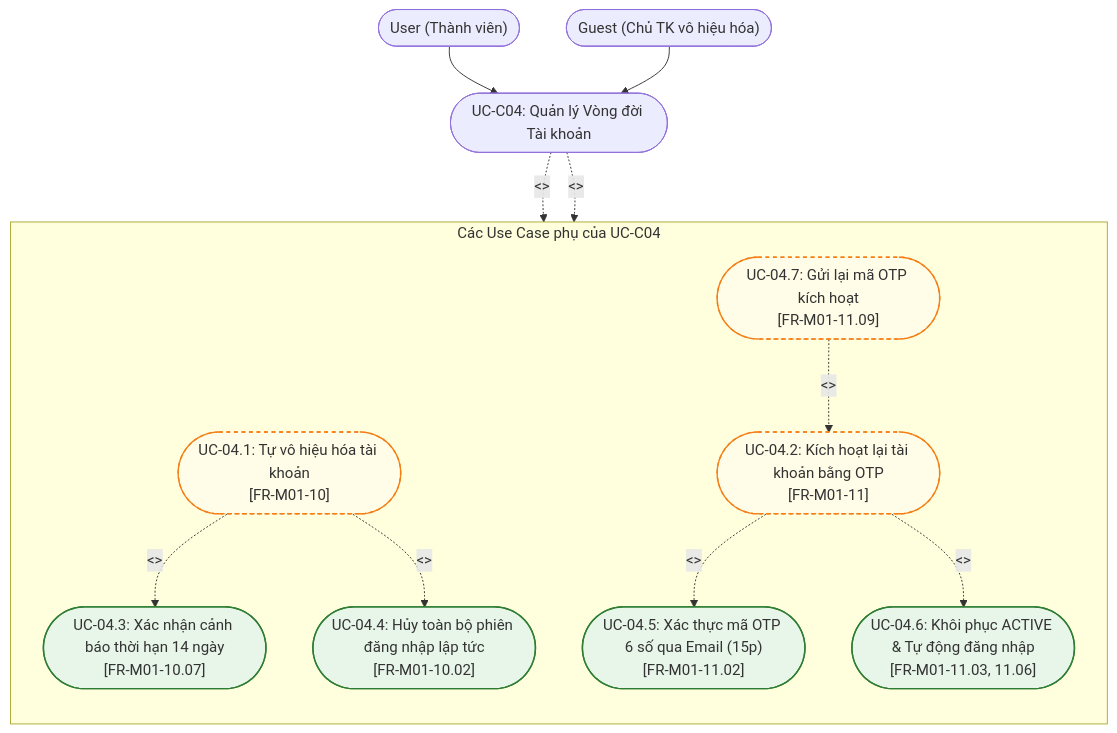
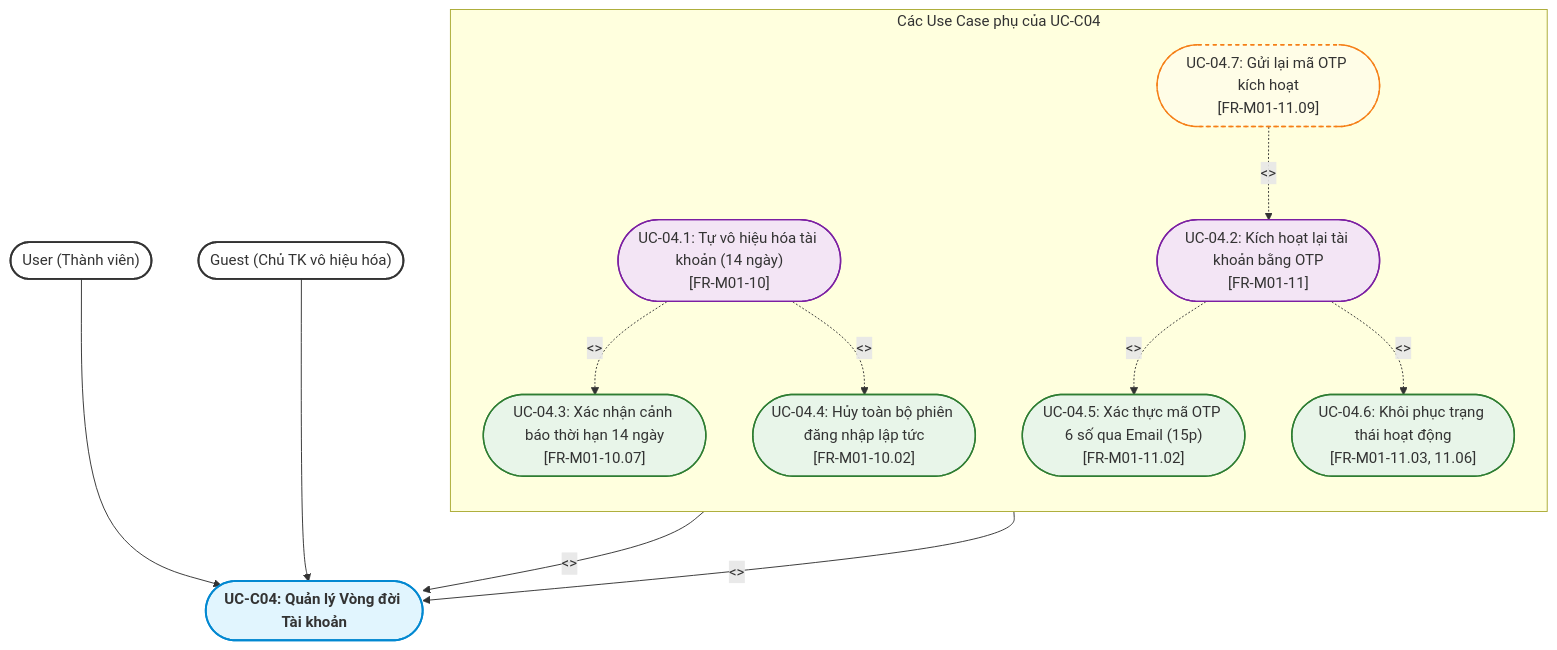
Before and after one commit to dat2k42004/iShare: the fifth of 7 diagrams in docs/specs/us/US-M01.md, drawn with Mermaid. The commit also changed other lines of this file, not shown here.

````diff
--- a/docs/specs/us/US-M01.md
+++ b/docs/specs/us/US-M01.md
@@ -317,39 +378,46 @@
 ```mermaid
 flowchart TB
     User(["User (Thành viên)"]) --> UC_C04(["UC-C04: Quản lý Vòng đời Tài khoản"])
     Guest(["Guest (Chủ TK vô hiệu hóa)"]) --> UC_C04
 
     subgraph Sub_UCC04 ["Các Use Case phụ của UC-C04"]
         direction TB
-        %% 2 Nhánh nghiệp vụ chính
-        SUB_DEACT(["UC-04.1: Tự vô hiệu hóa tài khoản<br/>[FR-M01-10]"])
-        SUB_REACT(["UC-04.2: Kích hoạt lại tài khoản bằng OTP<br/>[FR-M01-11]"])
+        %% Kế thừa / Cha - Con (Generalization)
+        GEN_DEACT(["UC-04.1: Tự vô hiệu hóa tài khoản (14 ngày)<br/>[FR-M01-10]"])
+        GEN_REACT(["UC-04.2: Kích hoạt lại tài khoản bằng OTP<br/>[FR-M01-11]"])
 
         %% Bắt buộc (Include)
         INC_CONFIRM_14D(["UC-04.3: Xác nhận cảnh báo thời hạn 14 ngày<br/>[FR-M01-10.07]"])
         INC_KILL_ALL(["UC-04.4: Hủy toàn bộ phiên đăng nhập lập tức<br/>[FR-M01-10.02]"])
         INC_VERIFY_OTP(["UC-04.5: Xác thực mã OTP 6 số qua Email (15p)<br/>[FR-M01-11.02]"])
-        INC_RESTORE_ACTIVE(["UC-04.6: Khôi phục ACTIVE & Tự động đăng nhập<br/>[FR-M01-11.03, 11.06]"])
+        INC_RESTORE_ACTIVE(["UC-04.6: Khôi phục trạng thái hoạt động<br/>[FR-M01-11.03, 11.06]"])
 
         %% Mở rộng (Extend)
         EXT_RESEND_OTP(["UC-04.7: Gửi lại mã OTP kích hoạt<br/>[FR-M01-11.09]"])
     end
 
-    %% Rẽ nhánh 2 luồng
-    UC_C04 -.->|"<<extend>>"| SUB_DEACT
-    UC_C04 -.->|"<<extend>>"| SUB_REACT
+    %% Quan hệ Generalization
+    GEN_DEACT -->|"<<generalization>>"| UC_C04
+    GEN_REACT -->|"<<generalization>>"| UC_C04
 
     %% Quan hệ của Vô hiệu hóa
-    SUB_DEACT -.->|"<<include>>"| INC_CONFIRM_14D
-    SUB_DEACT -.->|"<<include>>"| INC_KILL_ALL
+    GEN_DEACT -.->|"<<include>>"| INC_CONFIRM_14D
+    GEN_DEACT -.->|"<<include>>"| INC_KILL_ALL
 
     %% Quan hệ của Kích hoạt lại
-    SUB_REACT -.->|"<<include>>"| INC_VERIFY_OTP
-    SUB_REACT -.->|"<<include>>"| INC_RESTORE_ACTIVE
-    EXT_RESEND_OTP -.->|"<<extend>>"| SUB_REACT
+    GEN_REACT -.->|"<<include>>"| INC_VERIFY_OTP
+    GEN_REACT -.->|"<<include>>"| INC_RESTORE_ACTIVE
+    EXT_RESEND_OTP -.->|"<<extend>>"| GEN_REACT
 
+    classDef actorStyle fill:#ffffff,stroke:#333333,stroke-width:2px;
+    classDef coreUC fill:#e1f5fe,stroke:#0288d1,stroke-width:2px,font-weight:bold;
     classDef incStyle fill:#e8f5e9,stroke:#2e7d32,stroke-width:1.5px;
     classDef extStyle fill:#fffde7,stroke:#f57f17,stroke-width:1.5px,stroke-dasharray: 4 4;
+    classDef genStyle fill:#f3e5f5,stroke:#7b1fa2,stroke-width:1.5px;
+
+    class User,Guest actorStyle;
+    class UC_C04 coreUC;
+    class GEN_DEACT,GEN_REACT genStyle;
     class INC_CONFIRM_14D,INC_KILL_ALL,INC_VERIFY_OTP,INC_RESTORE_ACTIVE incStyle;
-    class SUB_DEACT,SUB_REACT,EXT_RESEND_OTP extStyle;
+    class EXT_RESEND_OTP extStyle;
 ```
````
